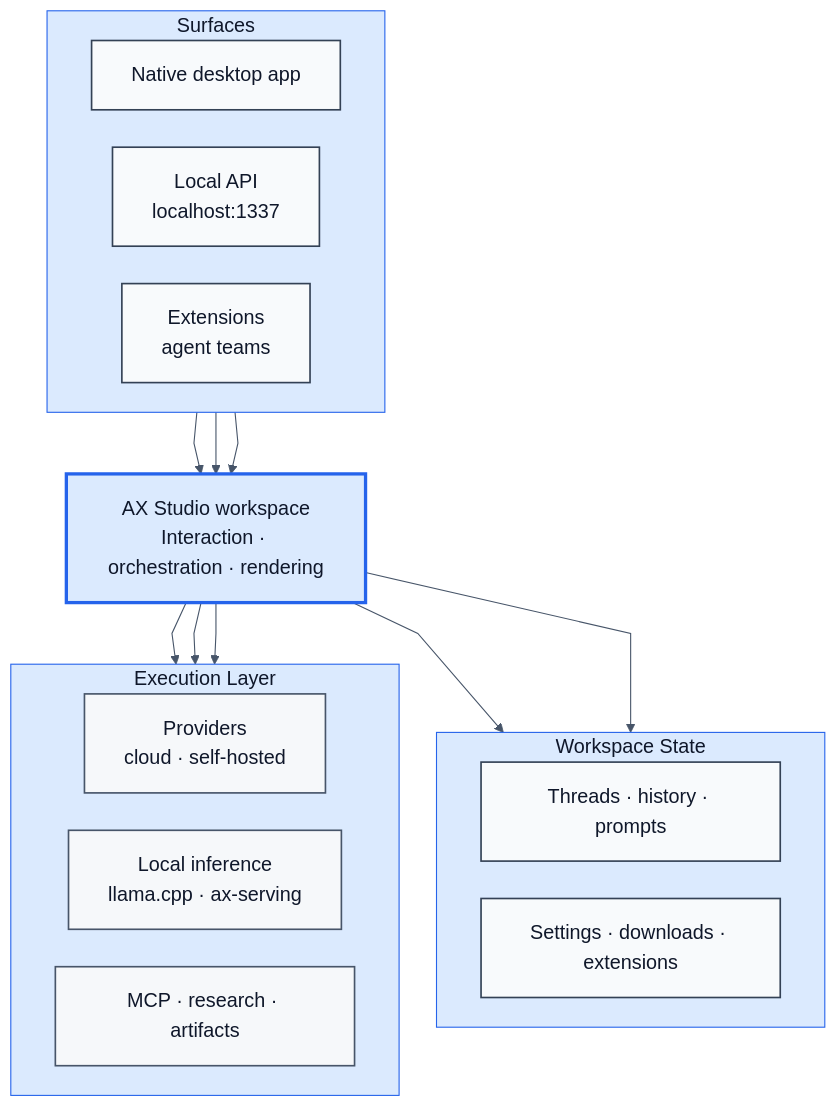
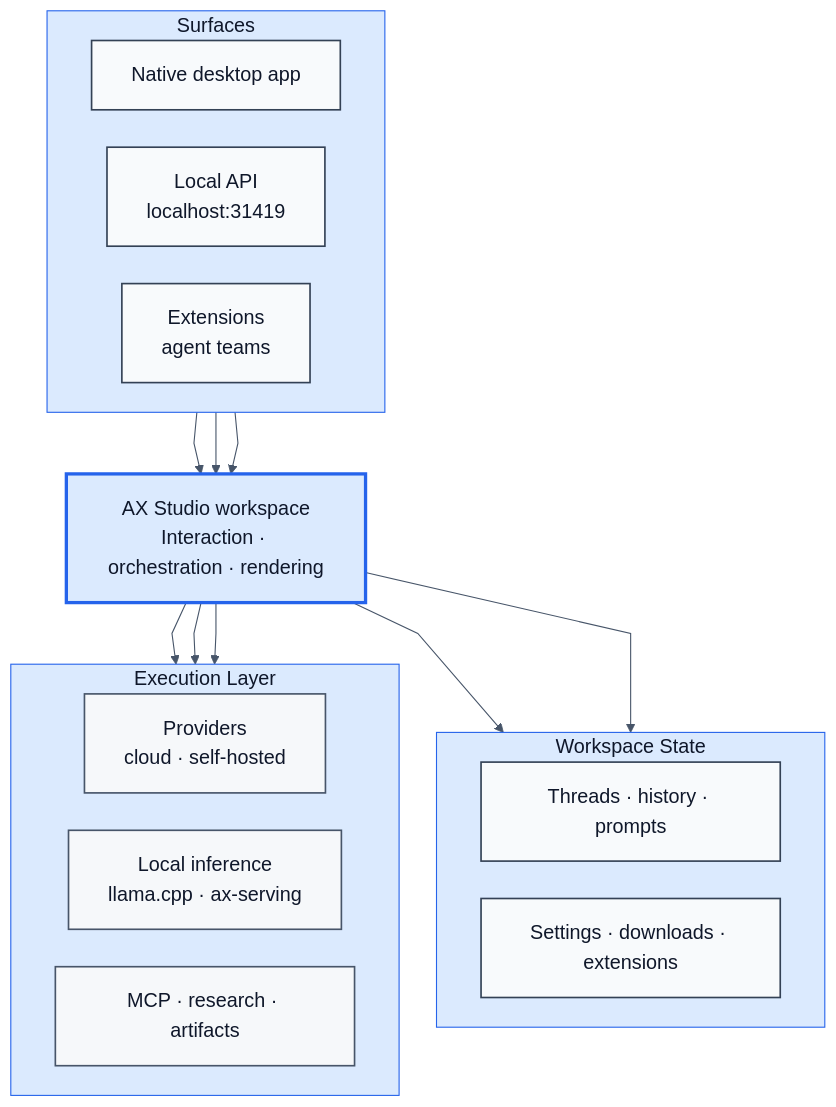
Before and after one commit to defai-digital/ax-studio: the diagram in docs/ax-studio-runtime.mmd, drawn with Mermaid. The commit also changed 35 other files, not shown here.

First line of the commit message:
chore: align local ports — API 31419, Vite 31420, AX BI 31421+

```diff
--- a/docs/ax-studio-runtime.mmd
+++ b/docs/ax-studio-runtime.mmd
@@ -1,65 +1,65 @@
 %%{init: {
   "theme": "base",
   "themeVariables": {
     "background": "#ffffff",
     "primaryColor": "#f8fafc",
     "primaryTextColor": "#0f172a",
     "primaryBorderColor": "#0f172a",
     "lineColor": "#475569",
     "secondaryColor": "#e2e8f0",
     "secondaryTextColor": "#0f172a",
     "secondaryBorderColor": "#334155",
     "tertiaryColor": "#dbeafe",
     "tertiaryTextColor": "#0f172a",
     "tertiaryBorderColor": "#2563eb",
     "fontFamily": "ui-sans-serif, -apple-system, BlinkMacSystemFont, Segoe UI, Helvetica, Arial, sans-serif",
     "fontSize": "18px"
   },
   "flowchart": {
     "curve": "linear",
     "htmlLabels": true,
     "nodeSpacing": 34,
     "rankSpacing": 56,
     "padding": 18
   }
 }}%%
 
 flowchart TB
   subgraph A["Surfaces"]
     direction LR
     DESK["Native desktop app"]
-    API["Local API<br/>localhost:1337"]
+    API["Local API<br/>localhost:31419"]
     EXT["Extensions<br/>agent teams"]
   end
 
   R["AX Studio workspace<br/>Interaction · orchestration · rendering"]
 
   subgraph C["Workspace State"]
     direction LR
     TH["Threads · history · prompts"]
     CFG["Settings · downloads · extensions"]
   end
 
   subgraph X["Execution Layer"]
     direction LR
     P["Providers<br/>cloud · self-hosted"]
     L["Local inference<br/>llama.cpp · ax-serving"]
     T["MCP · research · artifacts"]
   end
 
   DESK --> R
   API --> R
   EXT --> R
   R --> TH
   R --> CFG
   R --> P
   R --> L
   R --> T
 
   classDef runtime fill:#dbeafe,stroke:#2563eb,stroke-width:3px,color:#0f172a
   classDef surface fill:#f8fafc,stroke:#334155,stroke-width:1.5px,color:#0f172a
   classDef exec fill:#f6f8fa,stroke:#475569,stroke-width:1.5px,color:#0f172a
 
   class R runtime
   class DESK,API,EXT,TH,CFG surface
   class P,L,T exec
```
